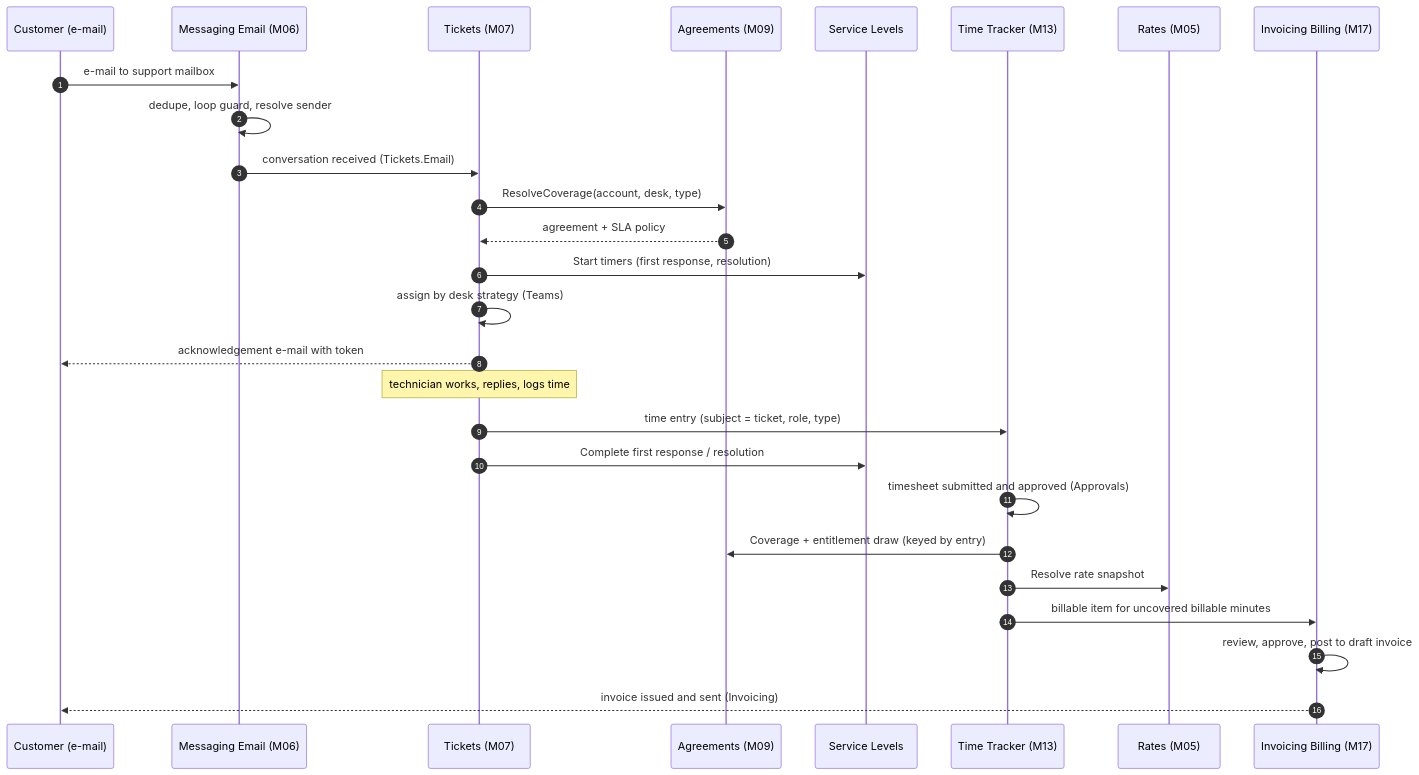
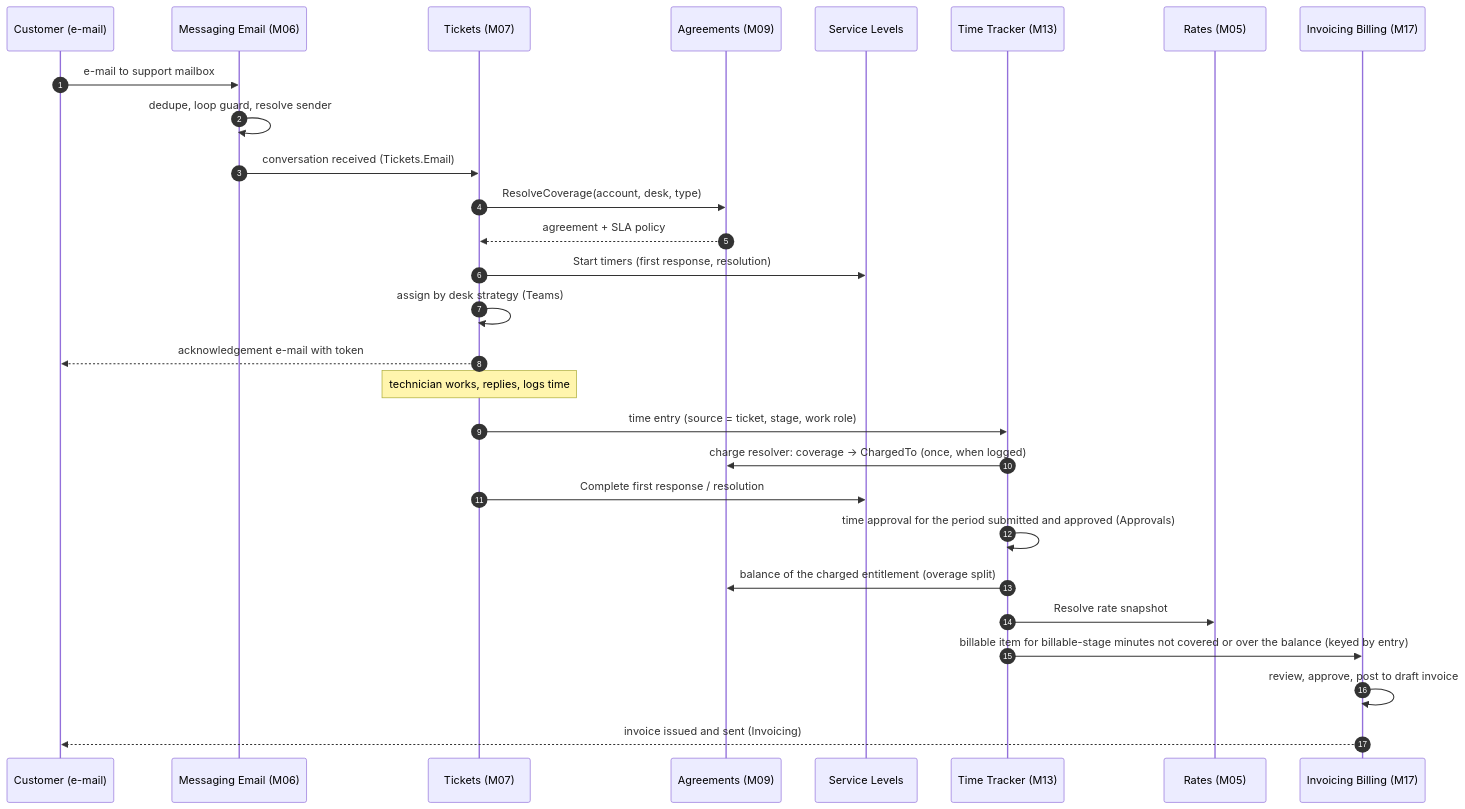
One commit to CrestApps/CrestApps.OrchardCore changed the seventh of 11 diagrams in docs/engineering/psa/psa-platform-plan.md. Above: the diagram before and after it, drawn with Mermaid. The commit also changed other lines of this file and 1 other file, not shown here.

````diff
--- a/docs/engineering/psa/psa-platform-plan.md
+++ b/docs/engineering/psa/psa-platform-plan.md
@@ -1123,29 +1114,30 @@
 ```mermaid
 sequenceDiagram
   autonumber
   participant C as Customer (e-mail)
   participant M as Messaging Email (M06)
   participant T as Tickets (M07)
   participant A as Agreements (M09)
   participant S as Service Levels
   participant TT as Time Tracker (M13)
   participant R as Rates (M05)
   participant B as Invoicing Billing (M17)
   C->>M: e-mail to support mailbox
   M->>M: dedupe, loop guard, resolve sender
   M->>T: conversation received (Tickets.Email)
   T->>A: ResolveCoverage(account, desk, type)
   A-->>T: agreement + SLA policy
   T->>S: Start timers (first response, resolution)
   T->>T: assign by desk strategy (Teams)
   T-->>C: acknowledgement e-mail with token
   Note over T: technician works, replies, logs time
-  T->>TT: time entry (subject = ticket, role, type)
+  T->>TT: time entry (source = ticket, stage, work role)
+  TT->>A: charge resolver: coverage → ChargedTo (once, when logged)
   T->>S: Complete first response / resolution
-  TT->>TT: timesheet submitted and approved (Approvals)
-  TT->>A: Coverage + entitlement draw (keyed by entry)
+  TT->>TT: time approval for the period submitted and approved (Approvals)
+  TT->>A: balance of the charged entitlement (overage split)
   TT->>R: Resolve rate snapshot
-  TT->>B: billable item for uncovered billable minutes
+  TT->>B: billable item for billable-stage minutes not covered or over the balance (keyed by entry)
   B->>B: review, approve, post to draft invoice
   B-->>C: invoice issued and sent (Invoicing)
 ```
````
